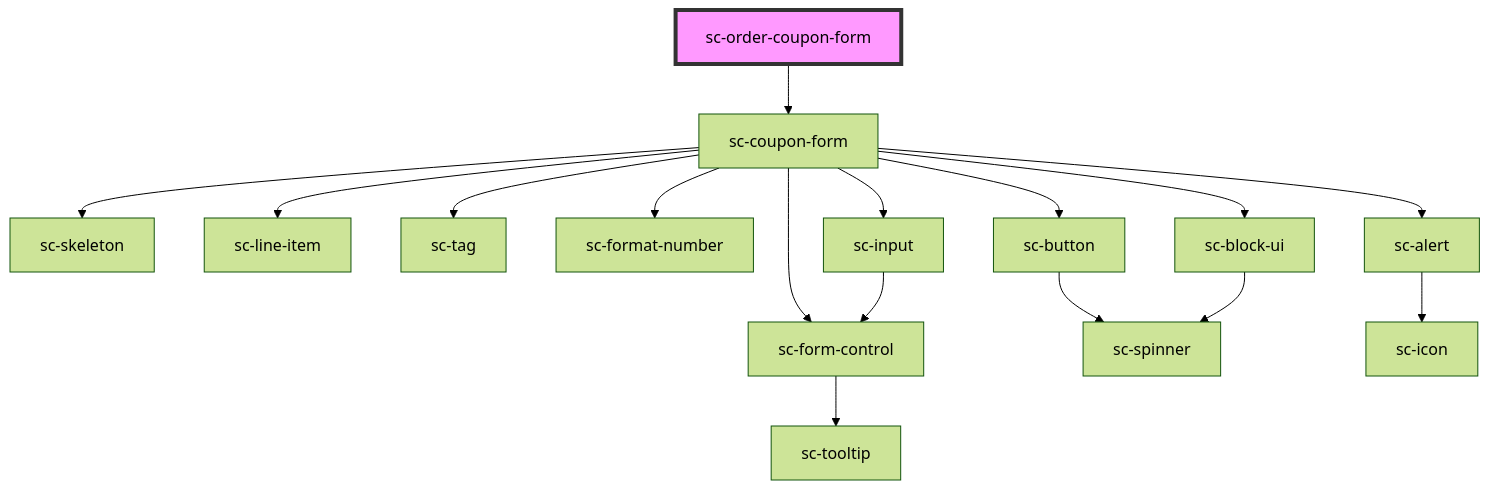
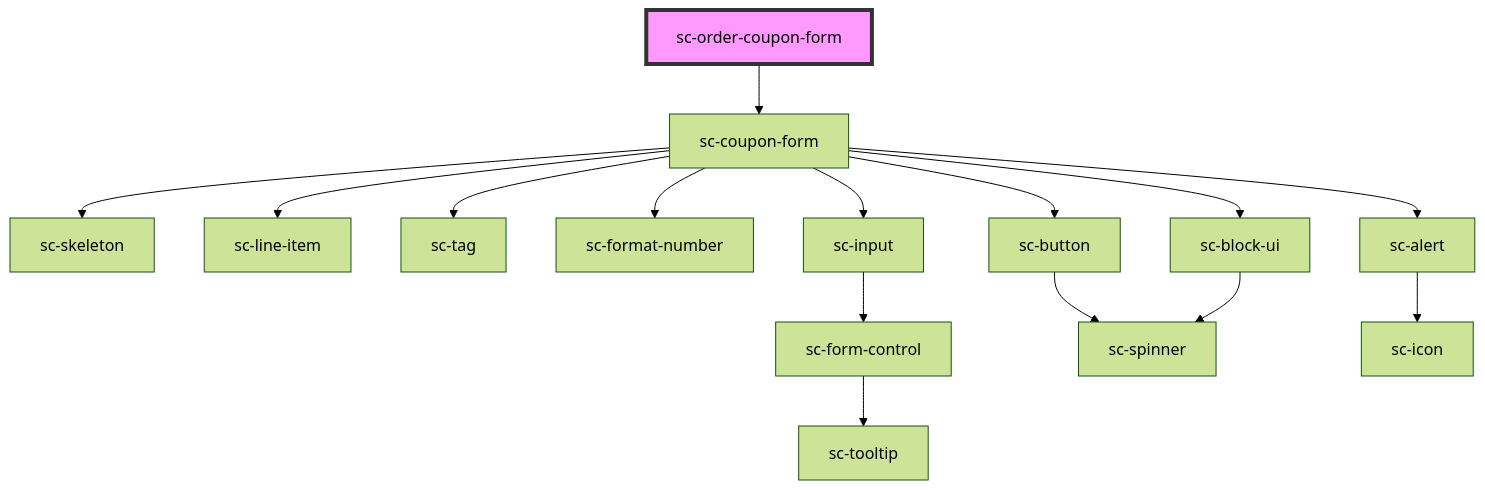
Before and after one commit to surecart/surecart-wp-plugin: the diagram in packages/components/src/components/controllers/checkout-form/order-coupon-form/readme.md, drawn with Mermaid (forest theme). The commit also changed 11 other files, not shown here.

````diff
--- a/packages/components/src/components/controllers/checkout-form/order-coupon-form/readme.md
+++ b/packages/components/src/components/controllers/checkout-form/order-coupon-form/readme.md
@@ -36,19 +36,18 @@
 ```mermaid
 graph TD;
   sc-order-coupon-form --> sc-coupon-form
   sc-coupon-form --> sc-skeleton
   sc-coupon-form --> sc-line-item
   sc-coupon-form --> sc-tag
   sc-coupon-form --> sc-format-number
   sc-coupon-form --> sc-input
   sc-coupon-form --> sc-button
   sc-coupon-form --> sc-alert
   sc-coupon-form --> sc-block-ui
-  sc-coupon-form --> sc-form-control
   sc-input --> sc-form-control
   sc-form-control --> sc-tooltip
   sc-button --> sc-spinner
   sc-alert --> sc-icon
   sc-block-ui --> sc-spinner
   style sc-order-coupon-form fill:#f9f,stroke:#333,stroke-width:4px
 ```
````
